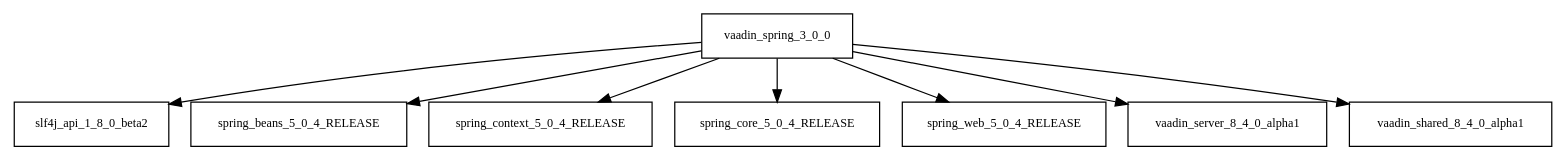
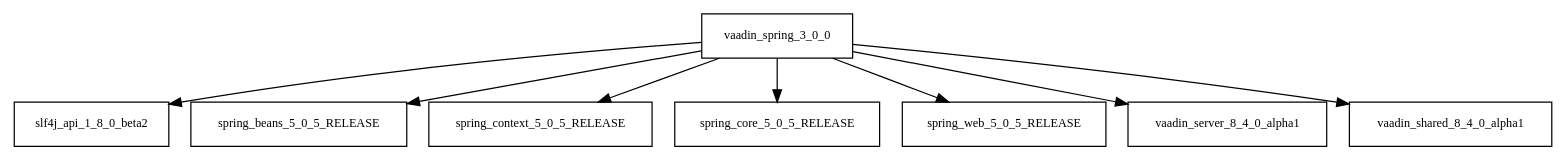
Before and after one commit to sjvs/cia: the diagram in tattleTaleReport/graphviz/vaadin-spring-3.0.0.jar/vaadin-spring-3.0.0.jar.dot, drawn with Graphviz. The commit also changed 1854 other files, not shown here.

```diff
--- a/tattleTaleReport/graphviz/vaadin-spring-3.0.0.jar/vaadin-spring-3.0.0.jar.dot
+++ b/tattleTaleReport/graphviz/vaadin-spring-3.0.0.jar/vaadin-spring-3.0.0.jar.dot
@@ -1,10 +1,10 @@
 digraph vaadin_spring_3_0_0_dependencies {
   node [shape = box, fontsize=10.0];
   vaadin_spring_3_0_0 -> slf4j_api_1_8_0_beta2;
-  vaadin_spring_3_0_0 -> spring_beans_5_0_4_RELEASE;
-  vaadin_spring_3_0_0 -> spring_context_5_0_4_RELEASE;
-  vaadin_spring_3_0_0 -> spring_core_5_0_4_RELEASE;
-  vaadin_spring_3_0_0 -> spring_web_5_0_4_RELEASE;
+  vaadin_spring_3_0_0 -> spring_beans_5_0_5_RELEASE;
+  vaadin_spring_3_0_0 -> spring_context_5_0_5_RELEASE;
+  vaadin_spring_3_0_0 -> spring_core_5_0_5_RELEASE;
+  vaadin_spring_3_0_0 -> spring_web_5_0_5_RELEASE;
   vaadin_spring_3_0_0 -> vaadin_server_8_4_0_alpha1;
   vaadin_spring_3_0_0 -> vaadin_shared_8_4_0_alpha1;
 }
```
